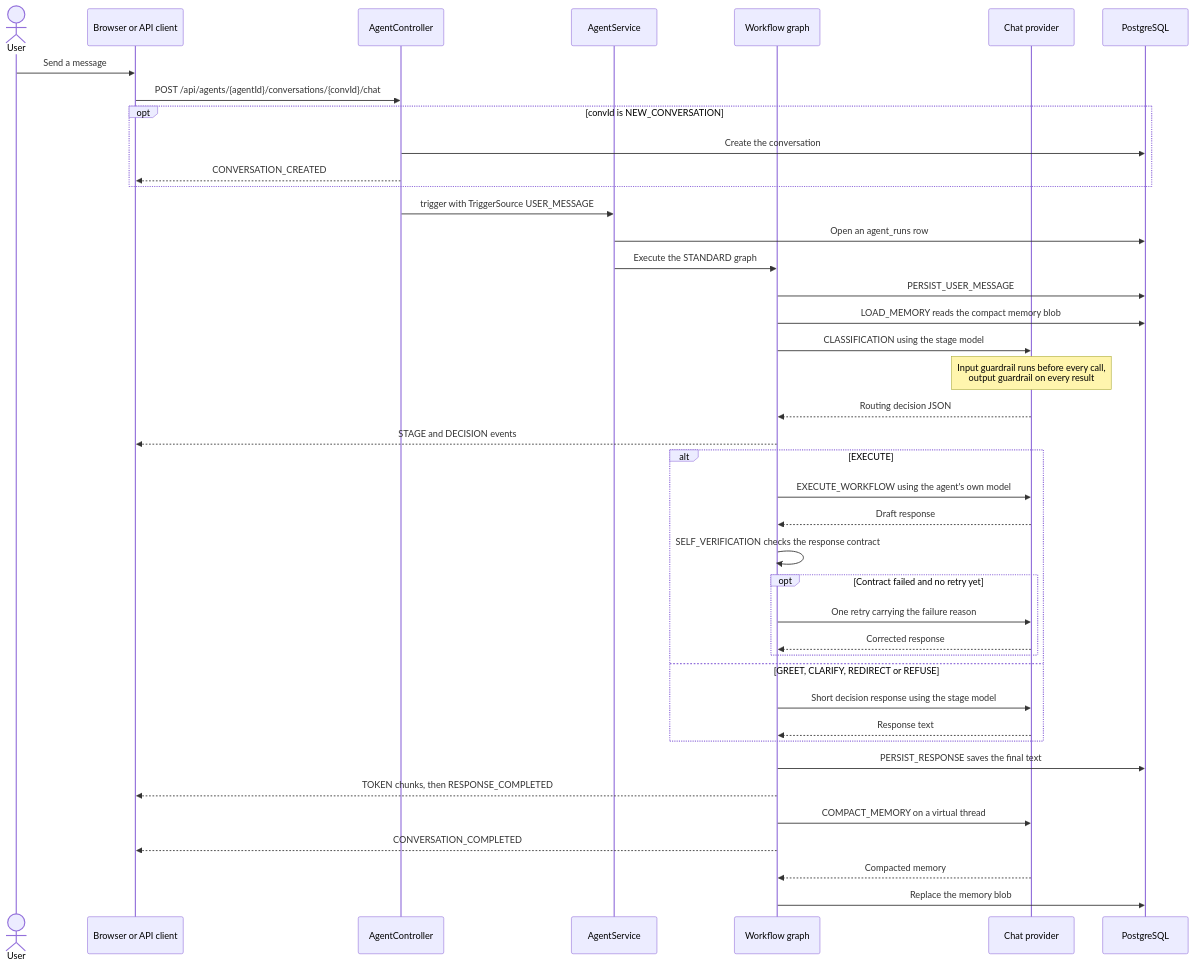
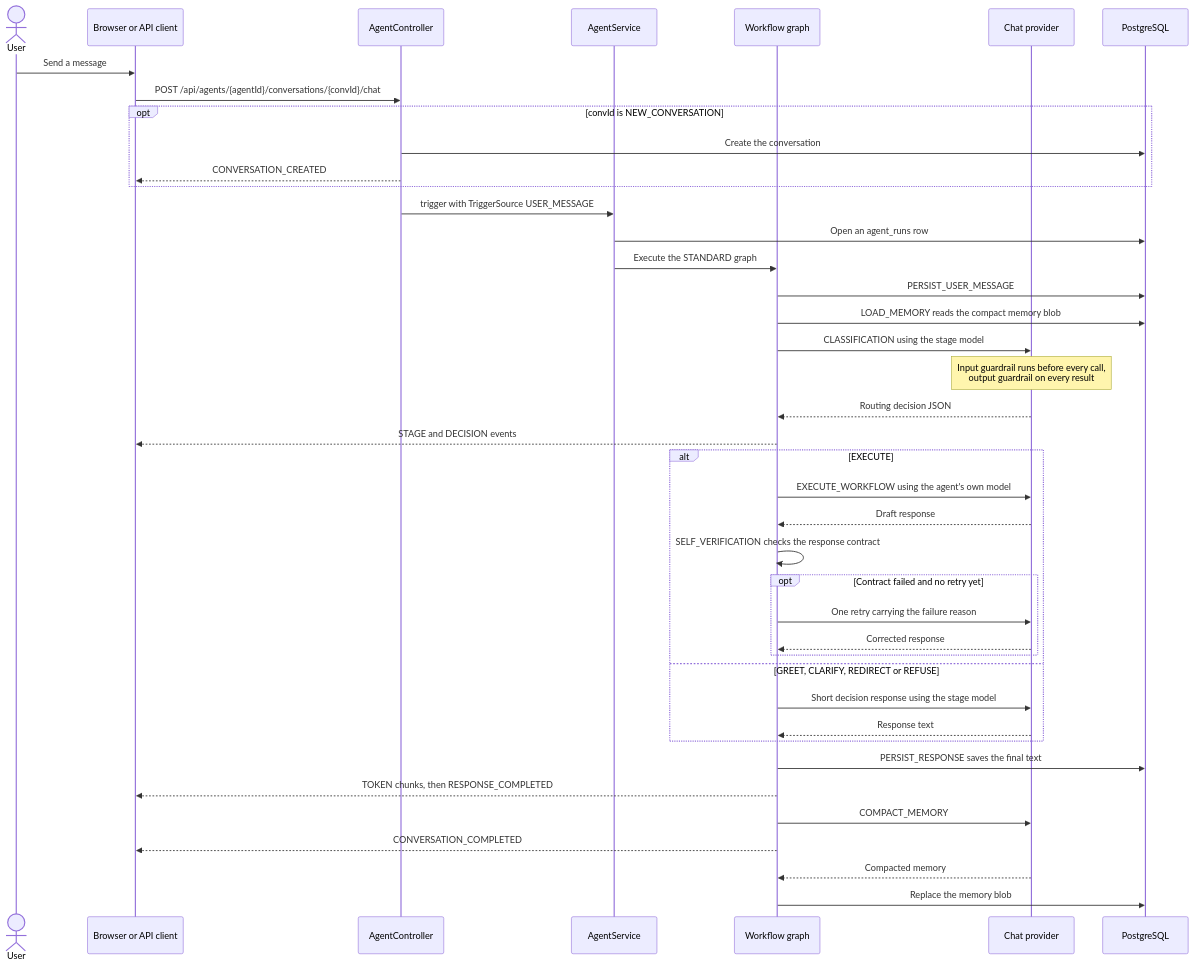
The fourth of 6 diagrams in README.md (melmedany/workflow-ai), drawn with Mermaid before and after one commit. The commit also changed other lines of this file and 25 other files, not shown here.

````diff
--- a/README.md
+++ b/README.md
@@ -264,43 +286,43 @@
 ```mermaid
 sequenceDiagram
     actor User
     participant Client as Browser or API client
     participant API as AgentController
     participant Runtime as AgentService
     participant Graph as Workflow graph
     participant LLM as Chat provider
     participant DB as PostgreSQL
     User ->> Client: Send a message
     Client ->> API: POST /api/agents/{agentId}/conversations/{convId}/chat
     opt convId is NEW_CONVERSATION
         API ->> DB: Create the conversation
         API -->> Client: CONVERSATION_CREATED
     end
     API ->> Runtime: trigger with TriggerSource USER_MESSAGE
     Runtime ->> DB: Open an agent_runs row
     Runtime ->> Graph: Execute the STANDARD graph
     Graph ->> DB: PERSIST_USER_MESSAGE
     Graph ->> DB: LOAD_MEMORY reads the compact memory blob
     Graph ->> LLM: CLASSIFICATION using the stage model
     Note over LLM: Input guardrail runs before every call,<br/>output guardrail on every result
     LLM -->> Graph: Routing decision JSON
     Graph -->> Client: STAGE and DECISION events
     alt EXECUTE
         Graph ->> LLM: EXECUTE_WORKFLOW using the agent's own model
         LLM -->> Graph: Draft response
         Graph ->> Graph: SELF_VERIFICATION checks the response contract
         opt Contract failed and no retry yet
             Graph ->> LLM: One retry carrying the failure reason
             LLM -->> Graph: Corrected response
         end
     else GREET, CLARIFY, REDIRECT or REFUSE
         Graph ->> LLM: Short decision response using the stage model
         LLM -->> Graph: Response text
     end
     Graph ->> DB: PERSIST_RESPONSE saves the final text
     Graph -->> Client: TOKEN chunks, then RESPONSE_COMPLETED
-    Graph ->> LLM: COMPACT_MEMORY on a virtual thread
+    Graph ->> LLM: COMPACT_MEMORY
     Graph -->> Client: CONVERSATION_COMPLETED
     LLM -->> Graph: Compacted memory
     Graph ->> DB: Replace the memory blob
 ```
````
